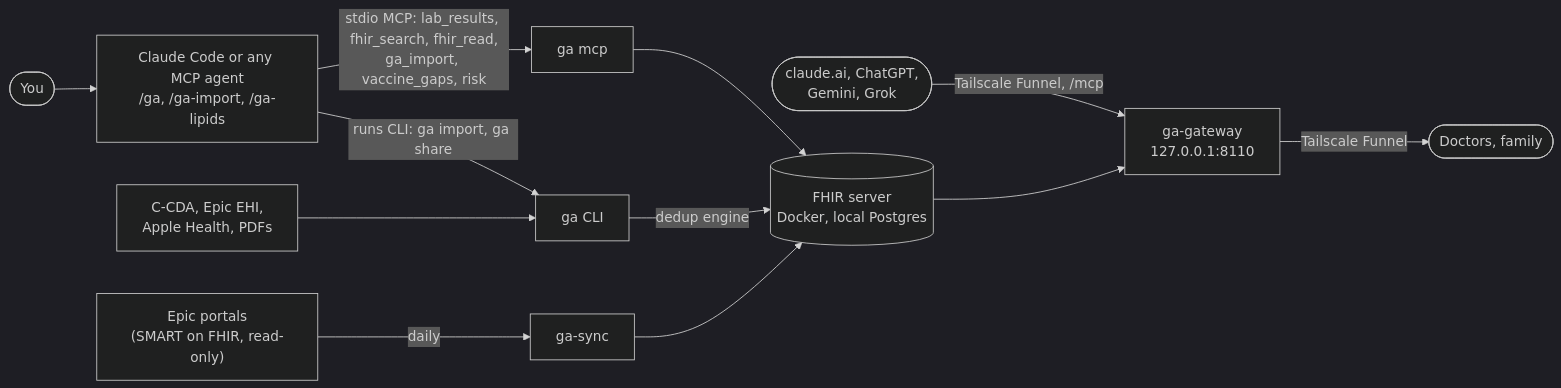
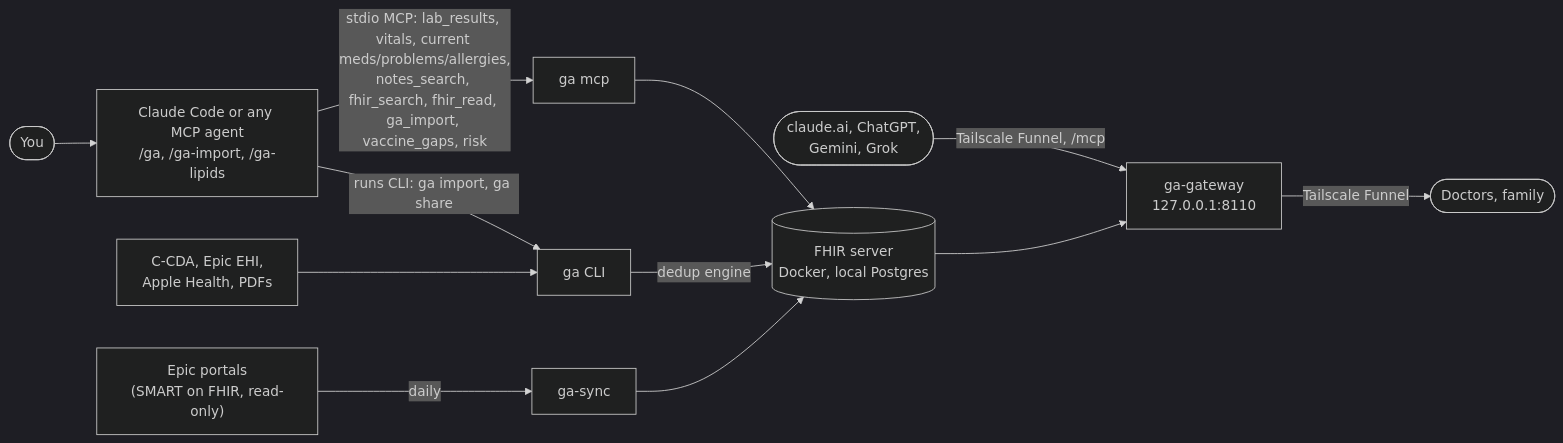
One commit to seouri/ga-server changed the diagram in README.md. Above: the diagram before and after it, drawn with Mermaid (dark theme). The commit also changed 16 other files, not shown here.

Commit message:
fix: review of mcp-tools (nextPage first, no link; portalWarning on every read tool and on a failed check, no cache; newest Epic import from the whole record; notes whitespace match, no ECG; docs)

````diff
--- a/README.md
+++ b/README.md
@@ -36,12 +36,12 @@
 ```mermaid
 flowchart LR
   you([You]) --> agent["Claude Code or any MCP agent<br/>/ga, /ga-import, /ga-lipids"]
-  agent -- "stdio MCP: lab_results, fhir_search, fhir_read,<br/>ga_import, vaccine_gaps, risk" --> mcp["ga mcp"]
+  agent -- "stdio MCP: lab_results, vitals, current meds/problems/allergies,<br/>notes_search, fhir_search, fhir_read, ga_import, vaccine_gaps, risk" --> mcp["ga mcp"]
   apps(["claude.ai, ChatGPT,<br/>Gemini, Grok"]) -- "Tailscale Funnel, /mcp" --> gateway
   agent -- "runs CLI: ga import, ga share" --> cli["ga CLI"]
   mcp --> fhir[("FHIR server<br/>Docker, local Postgres")]
   cli -- "dedup engine" --> fhir
   files["C-CDA, Epic EHI,<br/>Apple Health, PDFs"] --> cli
   epic["Epic portals<br/>(SMART on FHIR, read-only)"] -- "daily" --> sync["ga-sync"] --> fhir
   fhir --> gateway["ga-gateway<br/>127.0.0.1:8110"] -- "Tailscale Funnel" --> people(["Doctors, family"])
 ```
````
